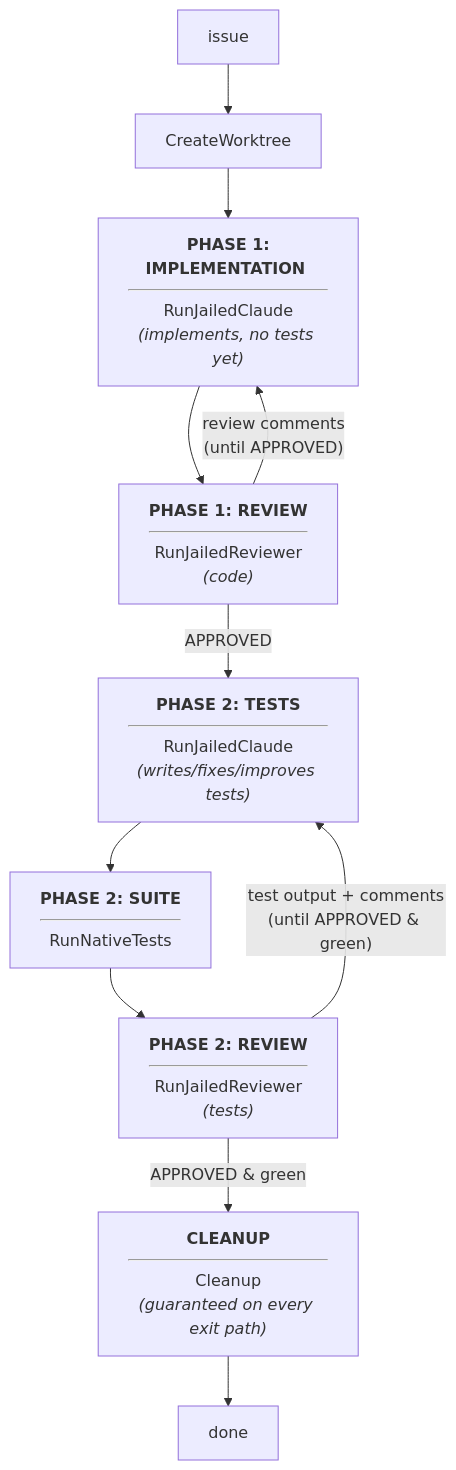
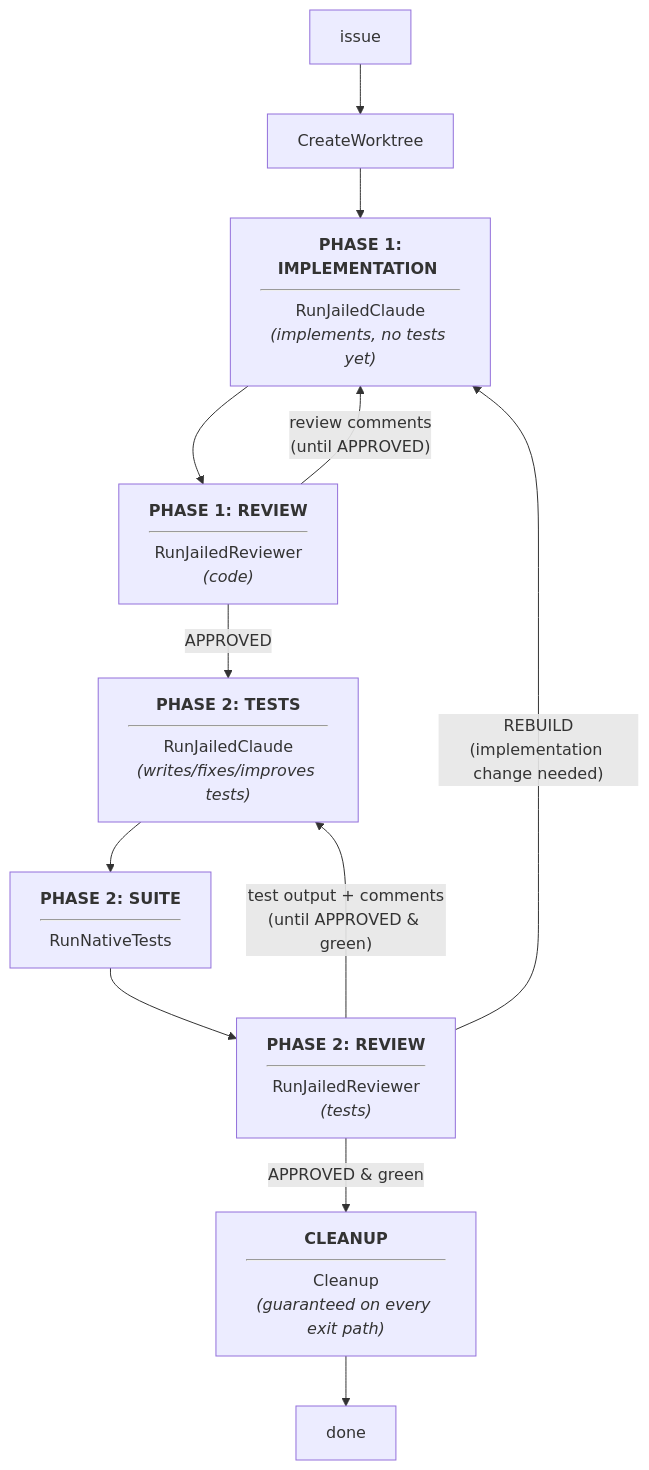
The diagram in README.md (ozzono/daedalus), drawn with Mermaid before and after one commit. The commit also changed other lines of this file and 12 other files, not shown here.

````diff
--- a/README.md
+++ b/README.md
@@ -23,31 +28,36 @@
 ```mermaid
 flowchart TD
     PROMPT["issue"] --> CREATE["CreateWorktree"]
     CREATE --> P1_IMPL
 
     %% Phase 1 Nodes
     P1_IMPL["<b> PHASE 1: IMPLEMENTATION </b><hr/>RunJailedClaude<br/><i>(implements, no tests yet)</i>"]
     P1_REV["<b> PHASE 1: REVIEW </b><hr/>RunJailedReviewer<br/><i>(code)</i>"]
 
     P1_IMPL --> P1_REV
     P1_REV -- "review comments<br/>(until APPROVED)" --> P1_IMPL
 
     P1_REV -- "APPROVED" --> P2_IMPL
 
     %% Phase 2 Nodes
     P2_IMPL["<b> PHASE 2: TESTS </b><hr/>RunJailedClaude<br/><i>(writes/fixes/improves tests)</i>"]
     P2_TEST["<b> PHASE 2: SUITE </b><hr/>RunNativeTests"]
     P2_REV["<b> PHASE 2: REVIEW </b><hr/>RunJailedReviewer<br/><i>(tests)</i>"]
 
     P2_IMPL --> P2_TEST
     P2_TEST --> P2_REV
     P2_REV -- "test output + comments<br/>(until APPROVED & green)" --> P2_IMPL
 
+    %% REBUILD: the test reviewer can send an implementation-level finding
+    %% back through the dev cycle; after the code reviewer approves again,
+    %% the existing APPROVED edge resumes the test loop (sessions intact).
+    P2_REV -- "REBUILD<br/>(implementation change needed)" --> P1_IMPL
+
     P2_REV -- "APPROVED & green" --> CLEAN
 
     %% Final Nodes
     CLEAN["<b> CLEANUP </b><hr/>Cleanup<br/><i>(guaranteed on every exit path)</i>"]
     DONE["done"]
 
     CLEAN --> DONE
 ```
````
